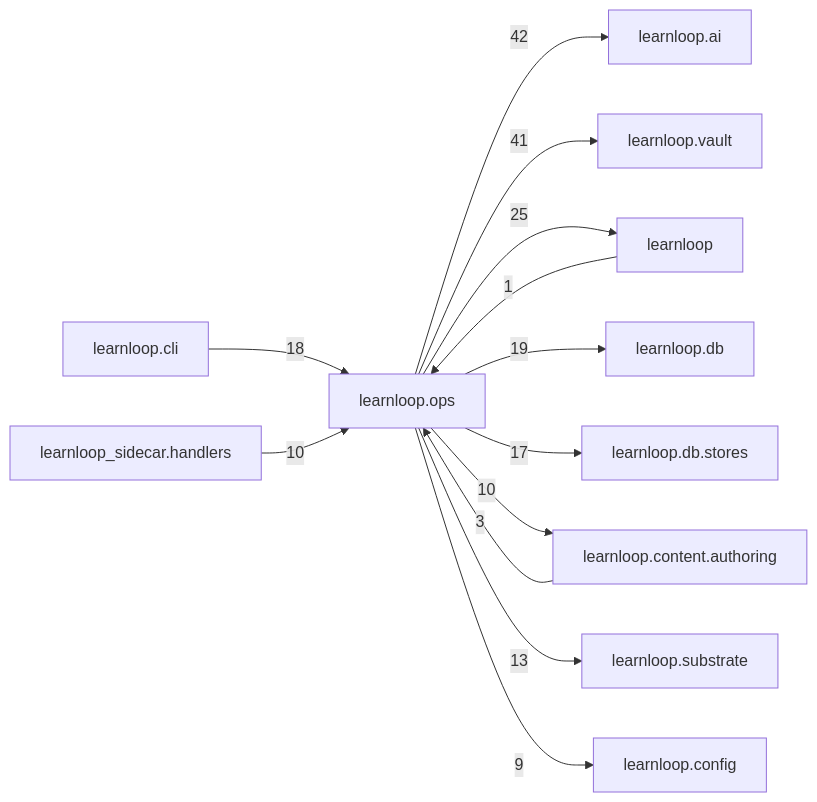
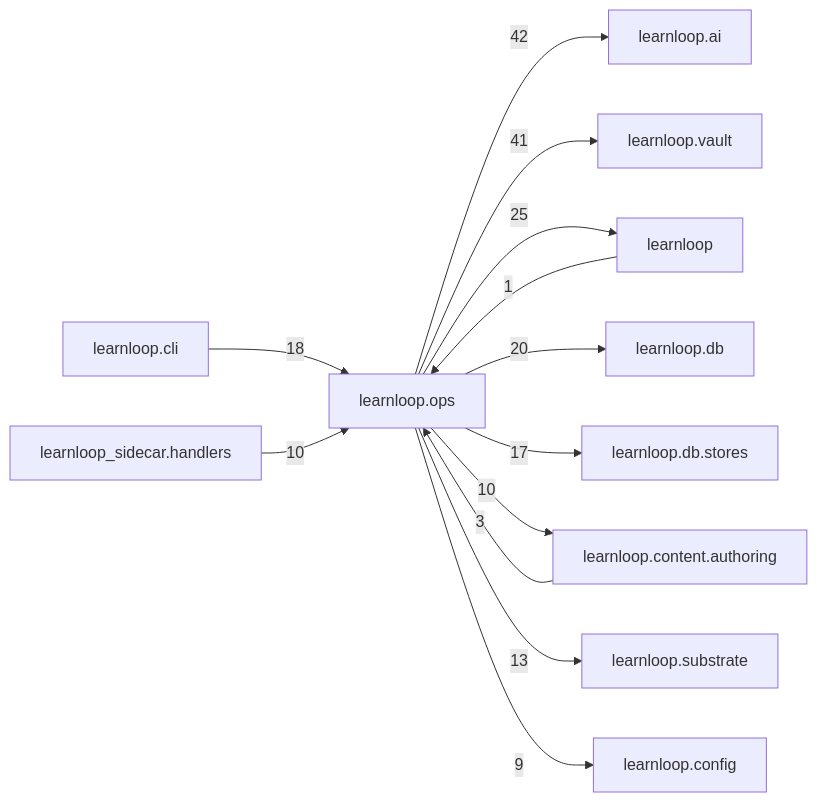
The diagram in docs/learnloop-architecture-vault/Reference/Modules/learnloop/ops/_package.md (6up-b/learnanything), drawn with Mermaid before and after one commit. The commit also changed other lines of this file and 39 other files, not shown here.

````diff
--- a/docs/learnloop-architecture-vault/Reference/Modules/learnloop/ops/_package.md
+++ b/docs/learnloop-architecture-vault/Reference/Modules/learnloop/ops/_package.md
@@ -148,26 +148,26 @@
 ```mermaid
 flowchart LR
     center["learnloop.ops"]
     n_learnloop_ai["learnloop.ai"]
     n_learnloop_vault["learnloop.vault"]
     n_learnloop["learnloop"]
     n_learnloop_db["learnloop.db"]
     n_learnloop_cli["learnloop.cli"]
     n_learnloop_db_stores["learnloop.db.stores"]
     n_learnloop_content_authoring["learnloop.content.authoring"]
     n_learnloop_substrate["learnloop.substrate"]
     n_learnloop_sidecar_handlers["learnloop_sidecar.handlers"]
     n_learnloop_config["learnloop.config"]
     center -->|42| n_learnloop_ai
     center -->|41| n_learnloop_vault
     n_learnloop -->|1| center
     center -->|25| n_learnloop
-    center -->|19| n_learnloop_db
+    center -->|20| n_learnloop_db
     n_learnloop_cli -->|18| center
     center -->|17| n_learnloop_db_stores
     n_learnloop_content_authoring -->|3| center
     center -->|10| n_learnloop_content_authoring
     center -->|13| n_learnloop_substrate
     n_learnloop_sidecar_handlers -->|10| center
     center -->|9| n_learnloop_config
 ```
````
